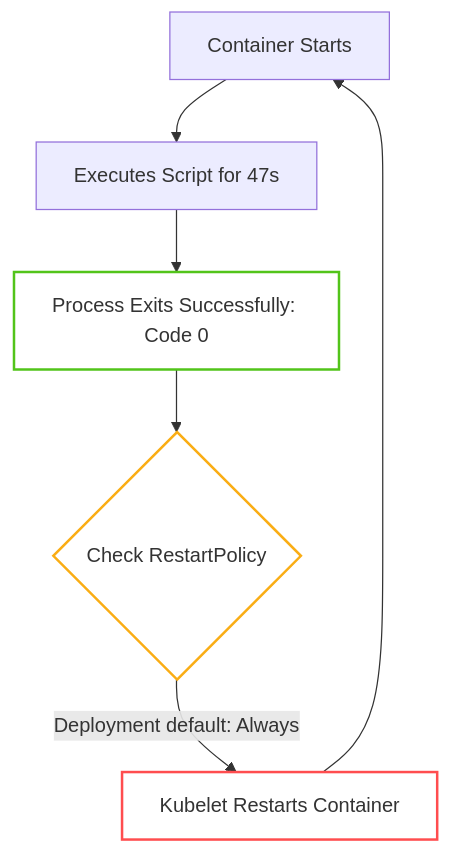
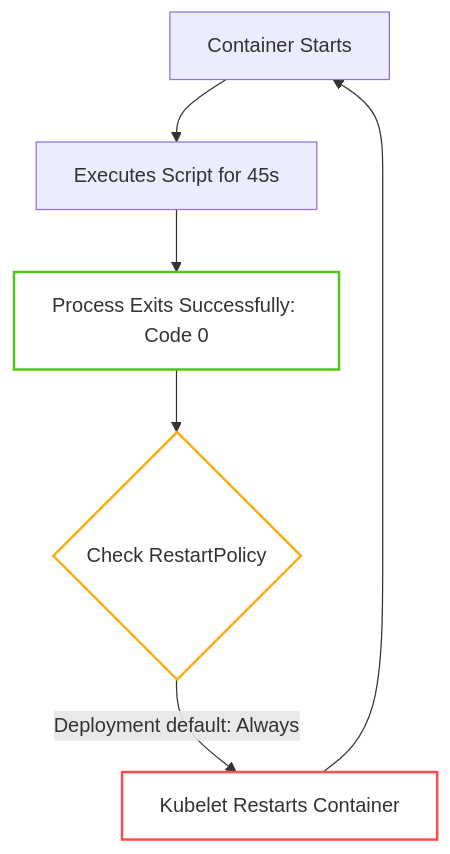
The second of 3 diagrams in docs/interview/01-tricky-pod-restarts.md (Rohit1024/kubernetes), drawn with Mermaid before and after one commit. The commit also changed other lines of this file and 15 other files, not shown here.

````diff
--- a/docs/interview/01-tricky-pod-restarts.md
+++ b/docs/interview/01-tricky-pod-restarts.md
@@ -58,18 +58,18 @@
 ```mermaid
 graph TD
-    Start[Container Starts] --> Process[Executes Script for 47s]
+    Start[Container Starts] --> Process[Executes Script for 45s]
     Process --> ExitZero[Process Exits Successfully: Code 0]
     
     ExitZero --> ControlLoop{Check RestartPolicy}
     ControlLoop -->|Deployment default: Always| Restart[Kubelet Restarts Container]
     
     Restart --> Start
     
     classDef process fill:none,stroke:#52c41a,stroke-width:2px;
     classDef error fill:none,stroke:#ff4d4f,stroke-width:2px;
     classDef warning fill:none,stroke:#faad14,stroke-width:2px;
     
     class ExitZero process;
     class Restart error;
     class ControlLoop warning;
 ```
````
